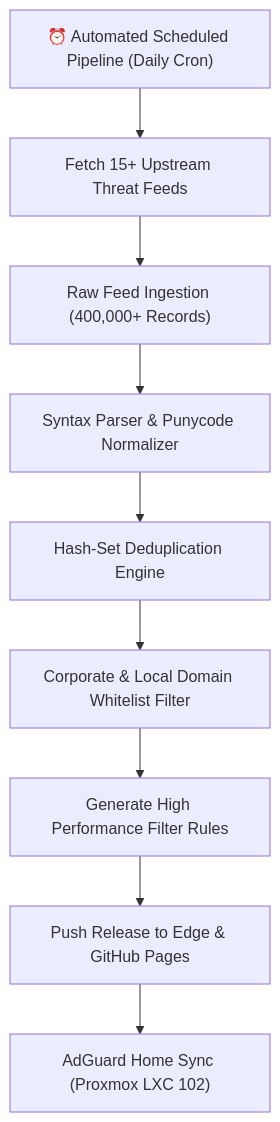
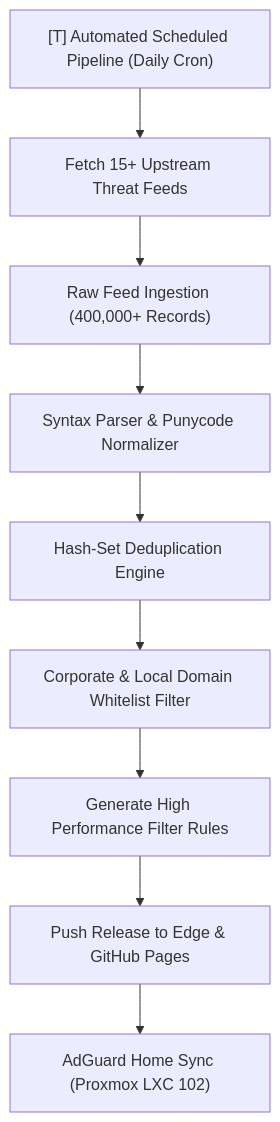
Before and after one commit to IAndrexI/documentation: the diagram in docs/apps/services/dnsfilters.md, drawn with Mermaid. The commit also changed other lines of this file and 40 other files, not shown here.

Commit message:
feat: hide git stars/branches, collapse subcategories until tab selected, add high-res architecture SVG, auto-update script, basic monochrome glyphs, and line-by-line recreation blueprints with summaries

````diff
--- a/docs/apps/services/dnsfilters.md
+++ b/docs/apps/services/dnsfilters.md
@@ -7,11 +7,11 @@
 ```mermaid
 flowchart TD
-    Trigger["⏰ Automated Scheduled Pipeline (Daily Cron)"] --> Upstream["Fetch 15+ Upstream Threat Feeds"]
+    Trigger["[T] Automated Scheduled Pipeline (Daily Cron)"] --> Upstream["Fetch 15+ Upstream Threat Feeds"]
     Upstream --> Ingestion["Raw Feed Ingestion (400,000+ Records)"]
     Ingestion --> SyntaxEngine["Syntax Parser & Punycode Normalizer"]
     SyntaxEngine --> Dedupe["Hash-Set Deduplication Engine"]
     Dedupe --> AllowlistVerify["Corporate & Local Domain Whitelist Filter"]
     AllowlistVerify --> FastRegex["Generate High Performance Filter Rules"]
     FastRegex --> DeployEdge["Push Release to Edge & GitHub Pages"]
     DeployEdge --> AdGuardSync["AdGuard Home Sync (Proxmox LXC 102)"]
 ```
````
